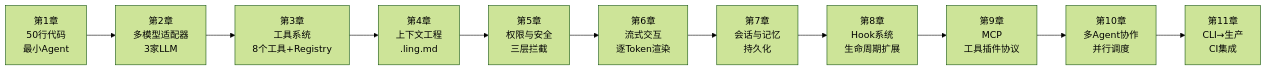
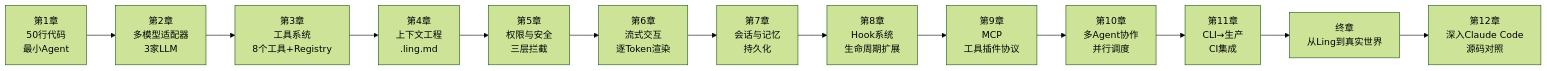
Before and after one commit to diguike/book-ling-agent: the diagram in book/00-preface/README.md, drawn with Mermaid (forest theme). The commit also changed other lines of this file and 1 other file, not shown here.

````diff
--- a/book/00-preface/README.md
+++ b/book/00-preface/README.md
@@ -313,13 +312,15 @@
 ```mermaid
 graph LR
   C1["第1章<br/>50行代码<br/>最小Agent"] --> C2["第2章<br/>多模型适配器<br/>3家LLM"]
   C2 --> C3["第3章<br/>工具系统<br/>8个工具+Registry"]
   C3 --> C4["第4章<br/>上下文工程<br/>.ling.md"]
   C4 --> C5["第5章<br/>权限与安全<br/>三层拦截"]
   C5 --> C6["第6章<br/>流式交互<br/>逐Token渲染"]
   C6 --> C7["第7章<br/>会话与记忆<br/>持久化"]
   C7 --> C8["第8章<br/>Hook系统<br/>生命周期扩展"]
   C8 --> C9["第9章<br/>MCP<br/>工具插件协议"]
   C9 --> C10["第10章<br/>多Agent协作<br/>并行调度"]
   C10 --> C11["第11章<br/>CLI→生产<br/>CI集成"]
+  C11 --> CF["终章<br/>从Ling到真实世界"]
+  CF --> C12["第12章<br/>深入Claude Code<br/>源码对照"]
 ```
````
